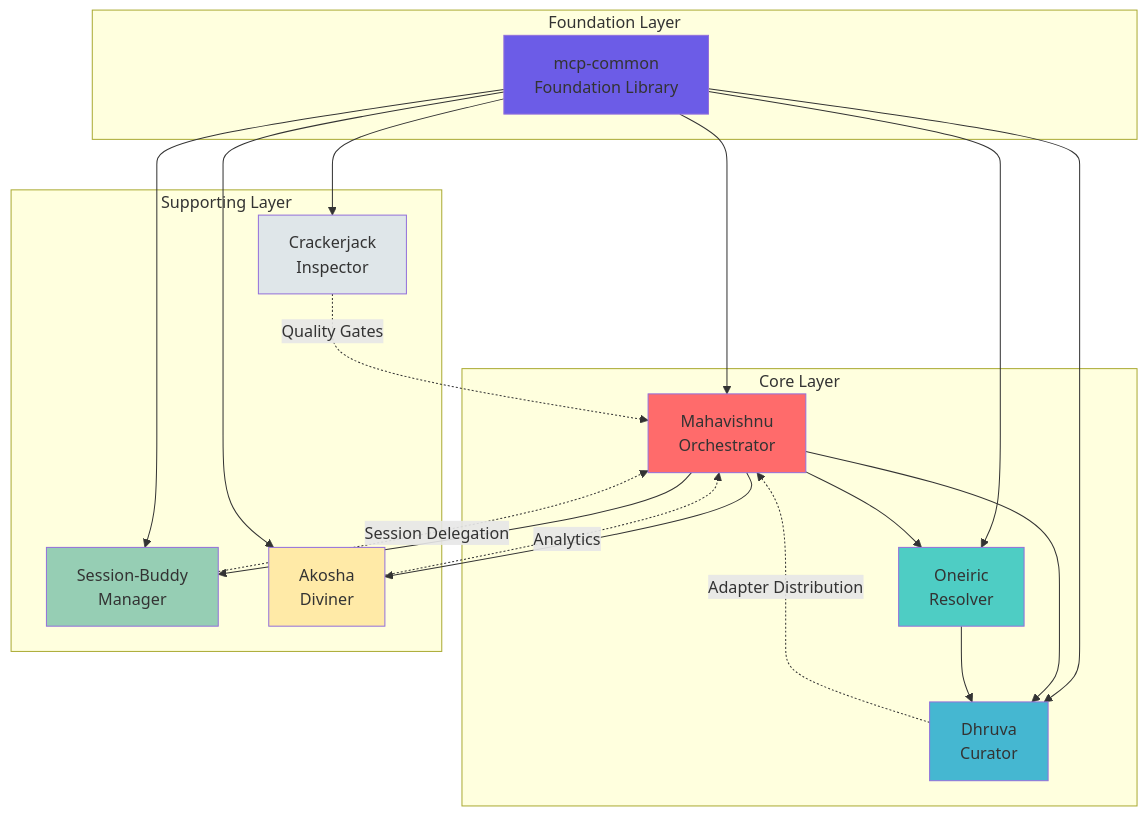
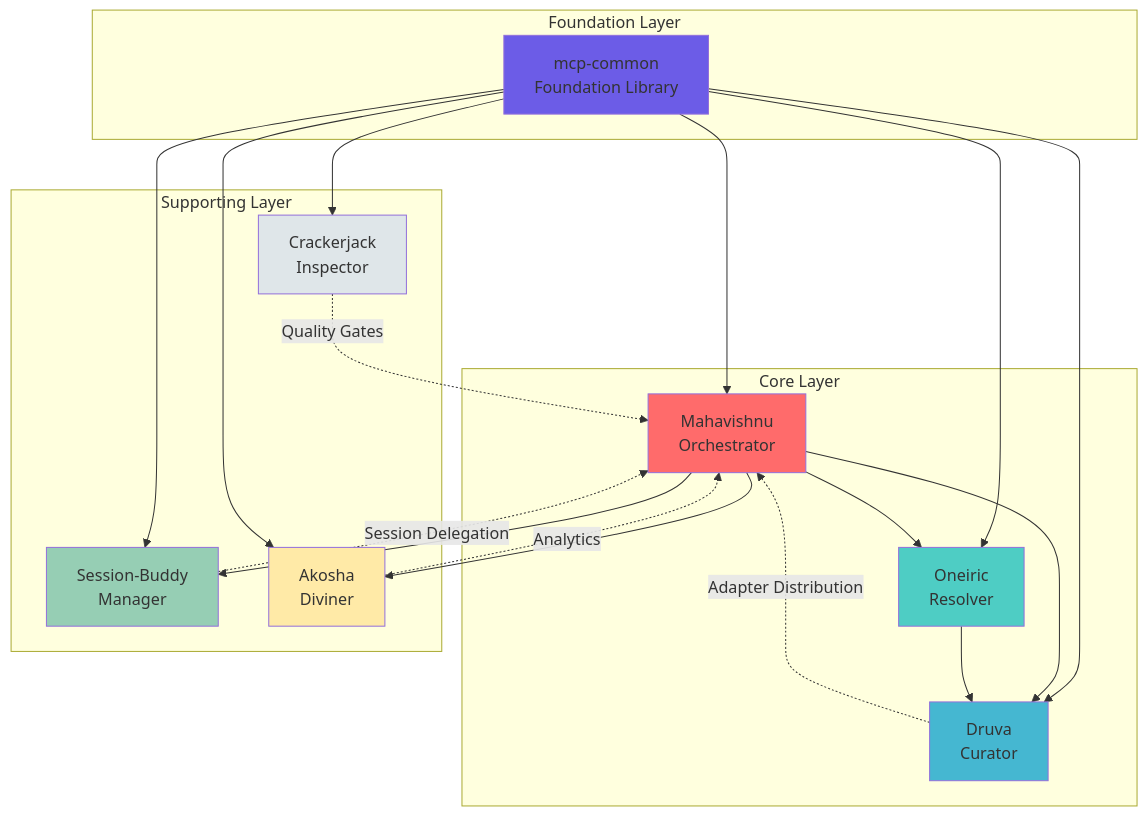
One commit to lesleslie/mahavishnu changed the first of 2 diagrams in docs/archive/ecosystem/ECOSYSTEM_README.md. Above: the diagram before and after it, drawn with Mermaid. The commit also changed other lines of this file and 95 other files, not shown here.

````diff
--- a/docs/archive/ecosystem/ECOSYSTEM_README.md
+++ b/docs/archive/ecosystem/ECOSYSTEM_README.md
@@ -385,45 +385,45 @@
 ```mermaid
 graph TB
     subgraph "Foundation Layer"
         MCP[mcp-common<br/>Foundation Library]
     end
 
     subgraph "Core Layer"
         MHV[Mahavishnu<br/>Orchestrator]
         ONE[Oneiric<br/>Resolver]
-        DH[Dhruva<br/>Curator]
+        DH[Druva<br/>Curator]
     end
 
     subgraph "Supporting Layer"
         SB[Session-Buddy<br/>Manager]
         AK[Akosha<br/>Diviner]
         CJ[Crackerjack<br/>Inspector]
     end
 
     MCP --> MHV
     MCP --> SB
     MCP --> DH
     MCP --> AK
     MCP --> CJ
     MCP --> ONE
 
     MHV --> ONE
     MHV --> DH
     MHV --> SB
     MHV --> AK
 
     ONE --> DH
 
     DH -.Adapter Distribution.-> MHV
     SB -.Session Delegation.-> MHV
     AK -.Analytics.-> MHV
     CJ -.Quality Gates.-> MHV
 
     style MHV fill:#ff6b6b
     style ONE fill:#4ecdc4
     style DH fill:#45b7d1
     style SB fill:#96ceb4
     style AK fill:#ffeaa7
     style CJ fill:#dfe6e9
     style MCP fill:#6c5ce7
 ```
````
